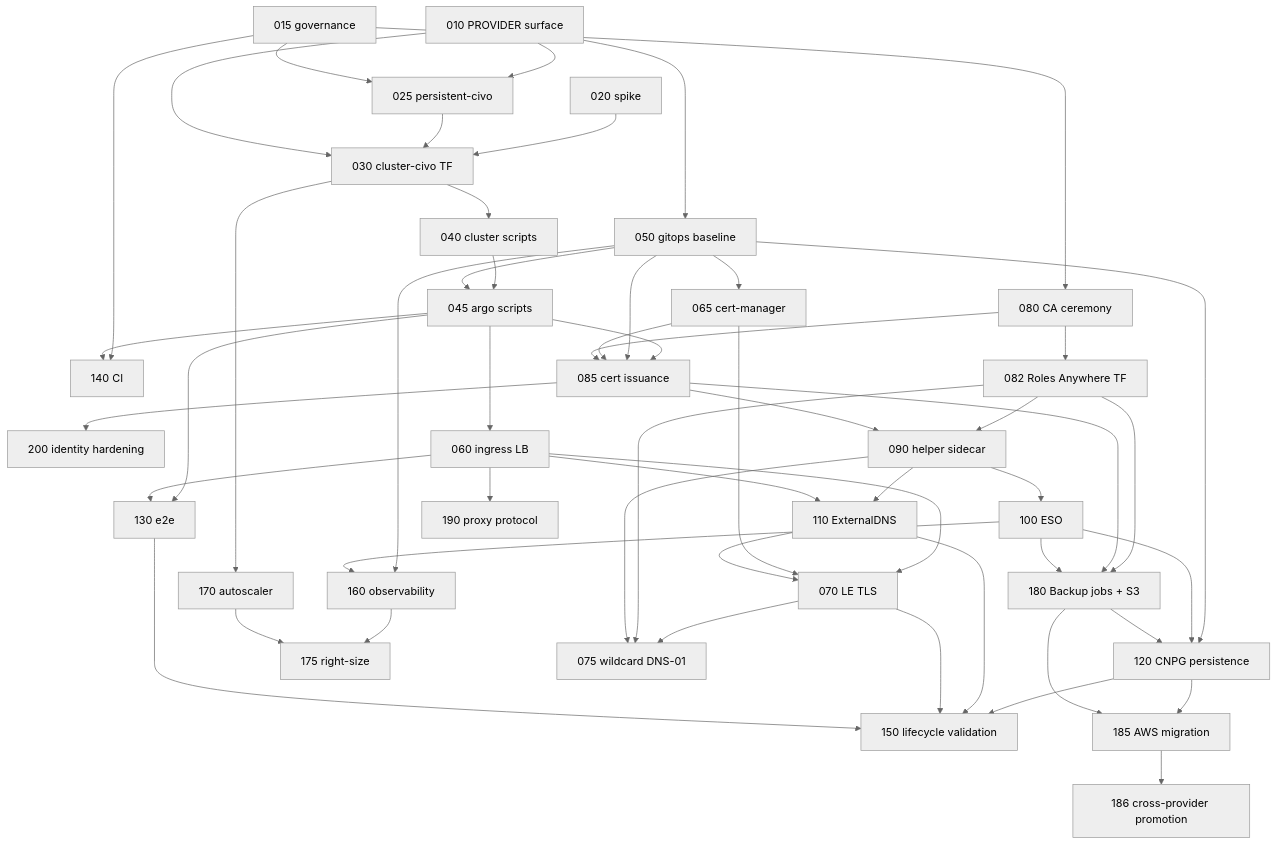
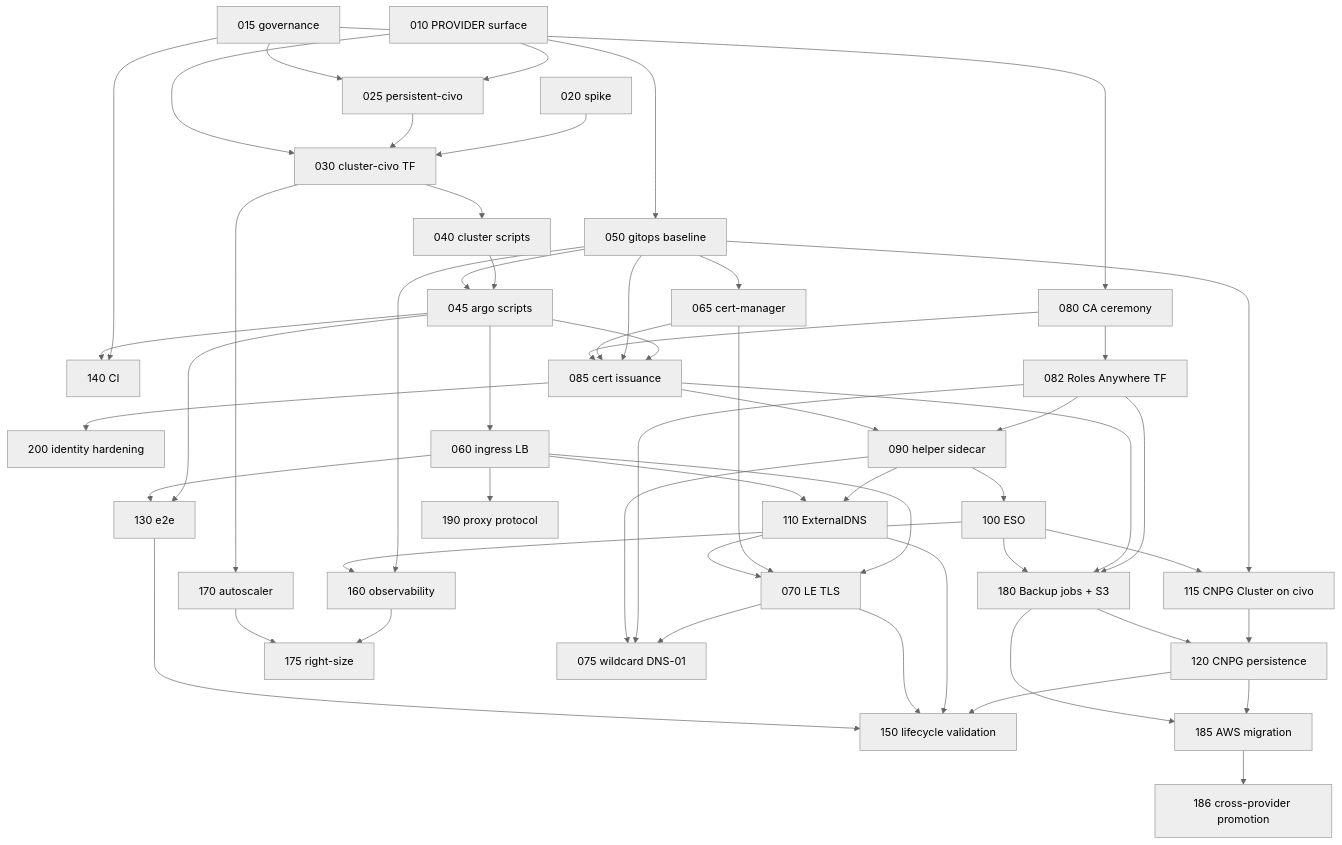
The diagram in specs/civo/roadmap.md (savak1990/vk-lab-platform), drawn with Mermaid (neutral theme) before and after one commit. The commit also changed other lines of this file and 4 other files, not shown here.

First line of the commit message:
civo-115: add the spec, reorder 120 behind it, update index and roadmap

````diff
--- a/specs/civo/roadmap.md
+++ b/specs/civo/roadmap.md
@@ -13,55 +13,56 @@
 ```mermaid
 flowchart TD
   010[010 PROVIDER surface] --> 025[025 persistent-civo]
   015[015 governance] --> 025
   015 --> 080[080 CA ceremony]
   015 --> 140[140 CI]
   020[020 spike] --> 030[030 cluster-civo TF]
   025 --> 030
   010 --> 030
   010 --> 050[050 gitops baseline]
   030 --> 040[040 cluster scripts]
   030 --> 170[170 autoscaler]
   040 --> 045[045 argo scripts]
   050 --> 045
   045 --> 060[060 ingress LB]
   050 --> 065[065 cert-manager]
   080 --> 082[082 Roles Anywhere TF]
   045 --> 085[085 cert issuance]
   050 --> 085
   065 --> 085
   080 --> 085
   082 --> 090[090 helper sidecar]
   085 --> 090
   090 --> 100[100 ESO]
   090 --> 110[110 ExternalDNS]
   060 --> 110
   060 --> 070[070 LE TLS]
   065 --> 070
   110 --> 070
   082 --> 180[180 Backup jobs + S3]
   085 --> 180
   100 --> 180
-  050 --> 120[120 CNPG persistence]
-  100 --> 120
+  050 --> 115[115 CNPG Cluster on civo]
+  100 --> 115
+  115 --> 120[120 CNPG persistence]
   180 --> 120
   120 --> 185[185 AWS migration]
   180 --> 185
   185 --> 186[186 cross-provider promotion]
   045 --> 130[130 e2e]
   060 --> 130
   045 --> 140
   050 --> 160[160 observability]
   100 --> 160
   120 --> 150[150 lifecycle validation]
   110 --> 150
   070 --> 150
   070 --> 075[075 wildcard DNS-01]
   082 --> 075
   090 --> 075
   130 --> 150
   160 --> 175[175 right-size]
   170 --> 175
   060 --> 190[190 proxy protocol]
   085 --> 200[200 identity hardening]
 ```
````
